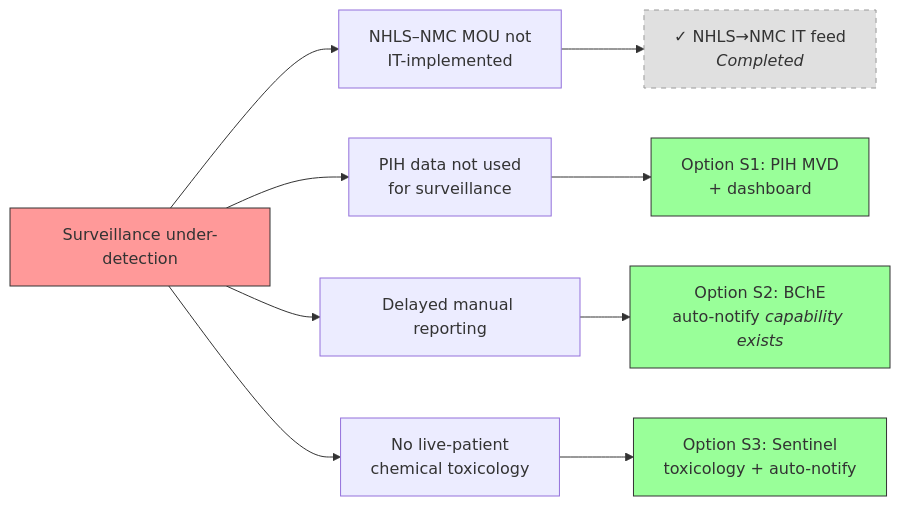
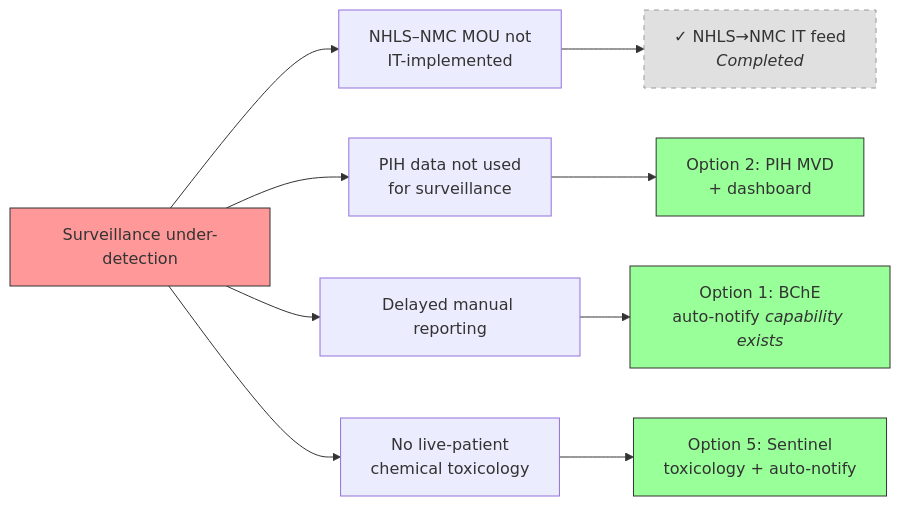
One commit to bridaybrummer/D2P_project changed the second of 2 diagrams in posts/surveillance_policy.qmd. Above: the diagram before and after it, drawn with Mermaid. The commit also changed other lines of this file and 1 other file, not shown here.

````diff
--- a/posts/surveillance_policy.qmd
+++ b/posts/surveillance_policy.qmd
@@ -109,20 +109,20 @@
 ```{mermaid}
 %%| label: fig-surv-fishbone
 %%| fig-cap: "Root causes of surveillance under-detection and the surveillance-improvement options that address each one."
 flowchart LR
     A[Surveillance under-detection] --> B[NHLS–NMC MOU not<br/>IT-implemented]
     A --> C[PIH data not used<br/>for surveillance]
     A --> D[Delayed manual reporting]
     A --> F[No live-patient<br/>chemical toxicology]
 
     B --> G["✓ NHLS→NMC IT feed<br/><i>Completed</i>"]
-    C --> H[Option S1: PIH MVD<br/>+ dashboard]
-    D --> I[Option S2: BChE<br/>auto-notify <i>capability exists</i>]
-    F --> J[Option S3: Sentinel<br/>toxicology + auto-notify]
+    C --> H[Option 2: PIH MVD<br/>+ dashboard]
+    D --> I[Option 1: BChE<br/>auto-notify <i>capability exists</i>]
+    F --> J[Option 5: Sentinel<br/>toxicology + auto-notify]
 
     style A fill:#f99,stroke:#333
     style G fill:#e0e0e0,stroke:#999,stroke-dasharray: 5 5
     style H fill:#9f9,stroke:#333
     style I fill:#9f9,stroke:#333
     style J fill:#9f9,stroke:#333
 ```
````
